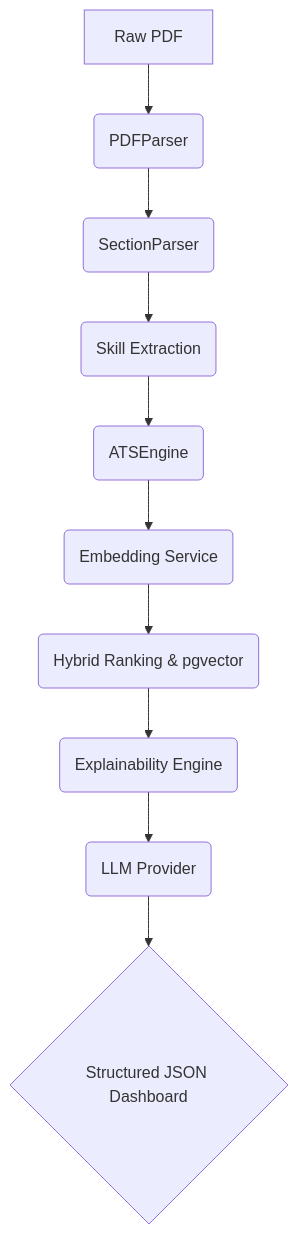
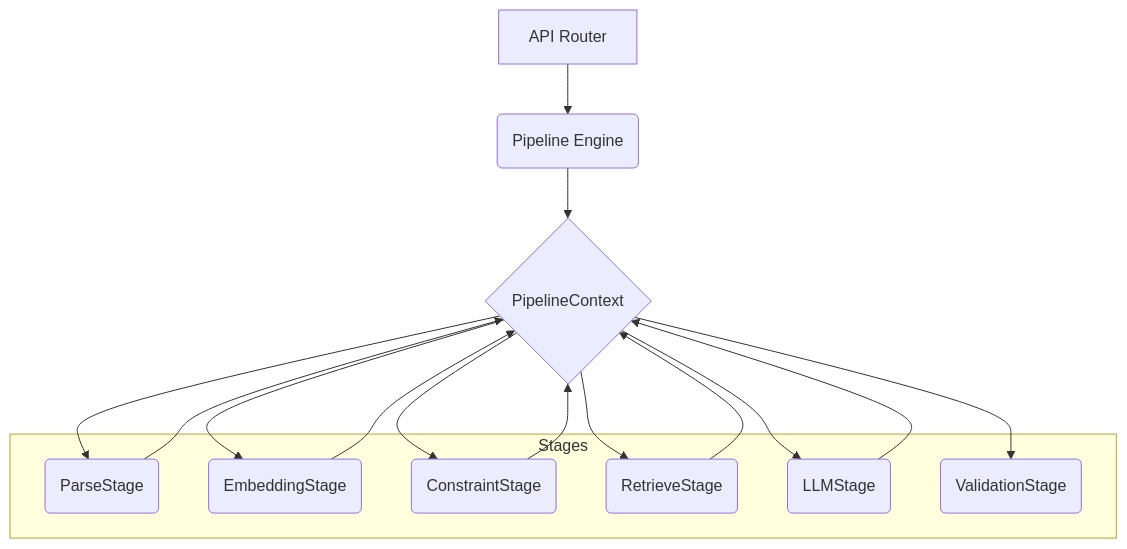
One commit to rohith-chitturi/ResumeIQ changed the diagram in README.md. Above: the diagram before and after it, drawn with Mermaid. The commit also changed other lines of this file, not shown here.

Commit message:
docs: completely refactor README for recruiter scan emphasizing Tradeoffs and Pipeline Architecture

````diff
--- a/README.md
+++ b/README.md
@@ -13,12 +9,26 @@
 ```mermaid
 graph TD
-    A[Raw PDF] --> B(PDFParser)
-    B --> C(SectionParser)
-    C --> D(Skill Extraction)
-    D --> E(ATSEngine)
-    E --> F(Embedding Service)
-    F --> G(Hybrid Ranking & pgvector)
-    G --> H(Explainability Engine)
-    H --> I(LLM Provider)
-    I --> J{Structured JSON Dashboard}
+    A[API Router] --> B(Pipeline Engine)
+    B --> C{PipelineContext}
+    
+    subgraph Stages
+        D(ParseStage)
+        E(EmbeddingStage)
+        F(ConstraintStage)
+        G(RetrieveStage)
+        H(LLMStage)
+        I(ValidationStage)
+    end
+    
+    C --> D
+    D --> C
+    C --> E
+    E --> C
+    C --> F
+    F --> C
+    C --> G
+    G --> C
+    C --> H
+    H --> C
+    C --> I
 ```
````
